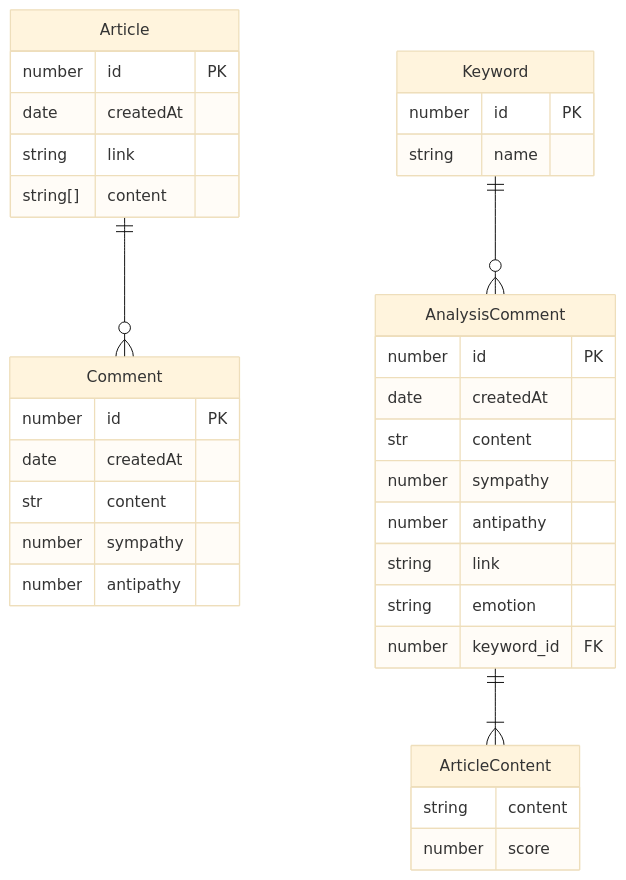
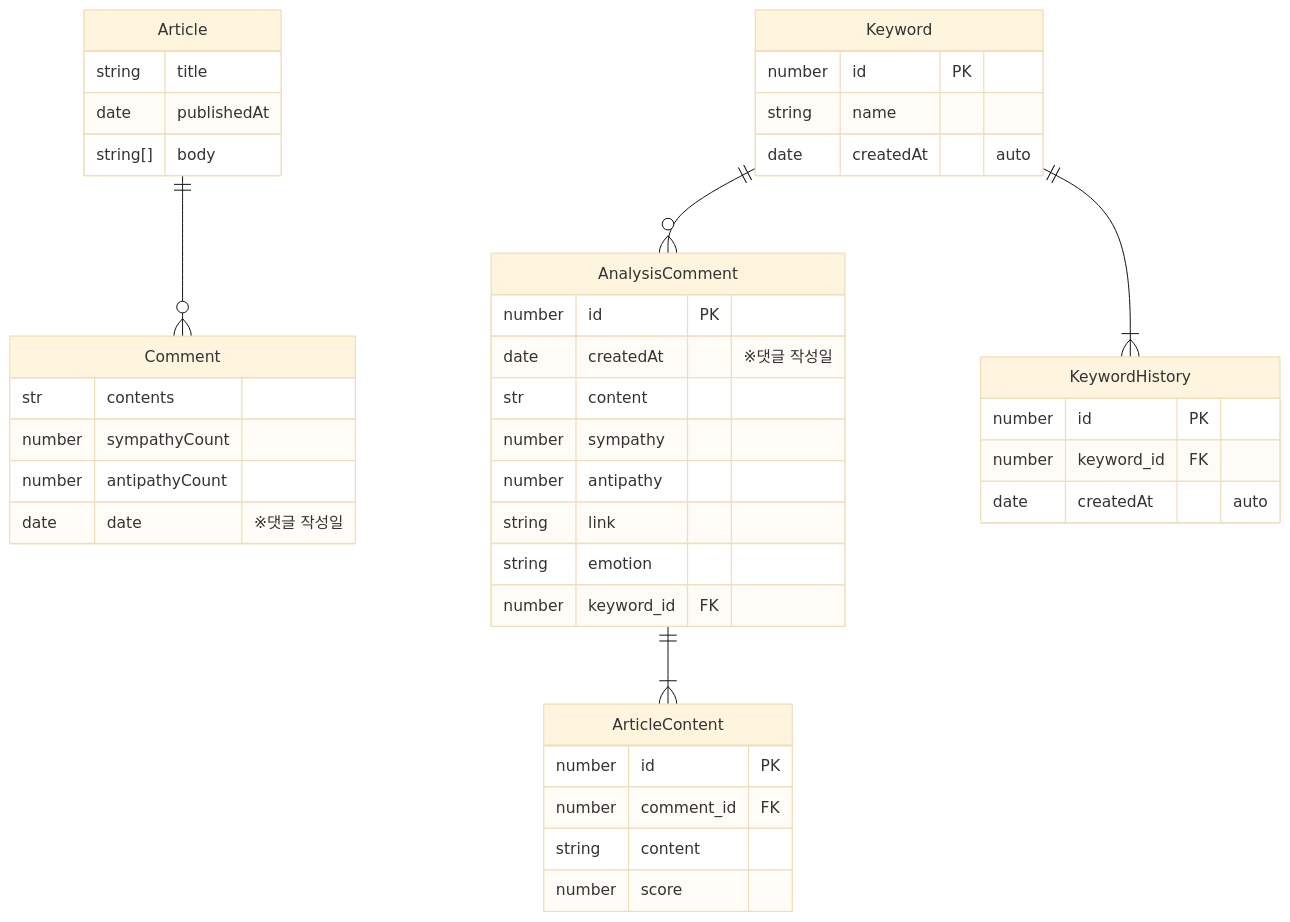
Before and after one commit to CSID-DGU/2023-02-CECD2-4: the diagram in backend/docs/ERD.md, drawn with Mermaid (base theme). The commit also changed other lines of this file and 1 other file, not shown here.

Commit message:
docs: README.md 및 ERD.md 파일에 대한 설명 추가

````diff
--- a/backend/docs/ERD.md
+++ b/backend/docs/ERD.md
@@ -1,42 +3,50 @@
 ```mermaid
 erDiagram
     Comment {
-      number id PK
-      date createdAt
-      str content
-      number sympathy
-      number antipathy
+      str contents
+      number sympathyCount
+      number antipathyCount
+      date date "※댓글 작성일"
     }
 
     Article {
-      number id PK
-      date createdAt
-      string link
-      string[] content
+      string title
+      date publishedAt
+      string[] body
     }
 
     AnalysisComment {
       number id PK
-      date createdAt
+      date createdAt "※댓글 작성일"
       str content
       number sympathy
       number antipathy
       string link
       string emotion
       number keyword_id FK
     }
 
     ArticleContent {
+      number id PK
+      number comment_id FK
       string content
       number score
     }
     
     Keyword {
       number id PK
       string name
+      date createdAt "auto"
+    }
+
+    KeywordHistory {
+      number id PK
+      number keyword_id FK
+      date createdAt "auto"
     }
 
     Article ||--o{ Comment: ""
-    Keyword ||--o{ AnalysisComment: "" 
+    Keyword ||--o{ AnalysisComment: ""
+    Keyword ||--|{ KeywordHistory: ""
     AnalysisComment ||--|{ ArticleContent: ""
 ```
````
